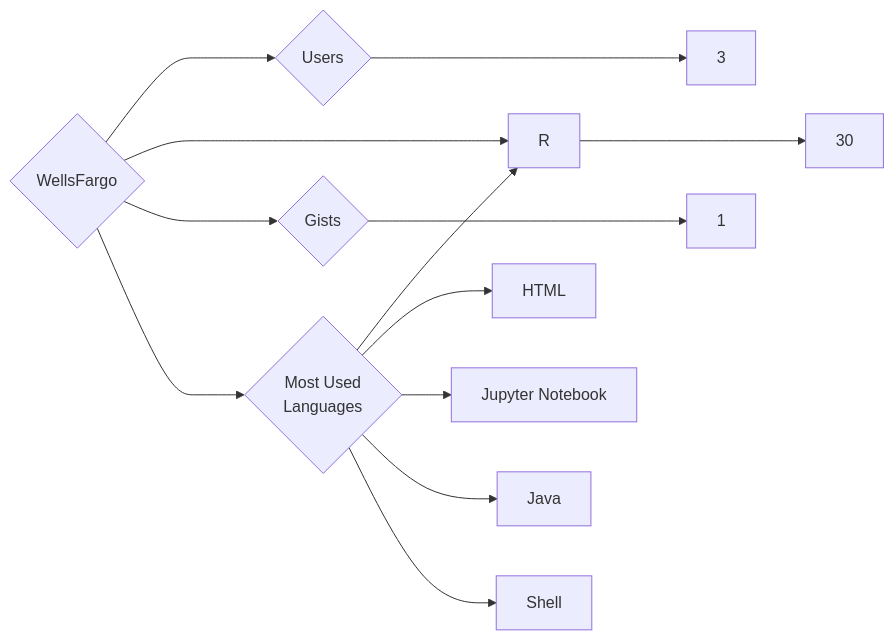
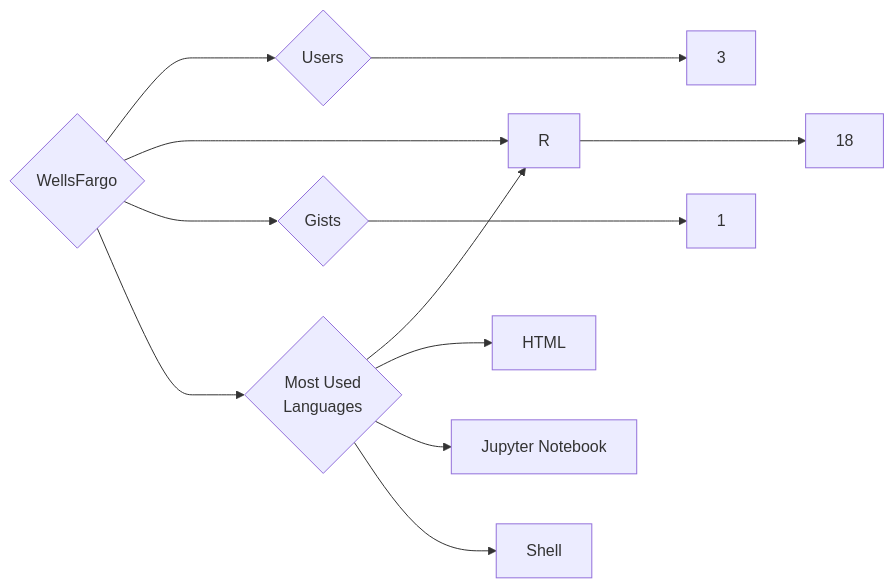
One commit to trickest/insiders changed the diagram in targets/WellsFargo/README.md. Above: the diagram before and after it, drawn with Mermaid. The commit also changed 748 other files, not shown here.

````diff
--- a/targets/WellsFargo/README.md
+++ b/targets/WellsFargo/README.md
@@ -3,13 +3,12 @@
 ```mermaid
 graph LR
 COMPANY_NAME{WellsFargo}
 COMPANY_NAME ---> U{Users} ---> UN[3]
-COMPANY_NAME ---> R{Repositories} ---> RN[30]
+COMPANY_NAME ---> R{Repositories} ---> RN[18]
 COMPANY_NAME ---> G{Gists} ---> GN[1]
 COMPANY_NAME ---> ML{Most Used<br>Languages}
 ML --> R[R]
 ML --> HTML[HTML]
 ML --> Jupyter_Notebook[Jupyter Notebook]
-ML --> Java[Java]
 ML --> Shell[Shell]
 ```
````
